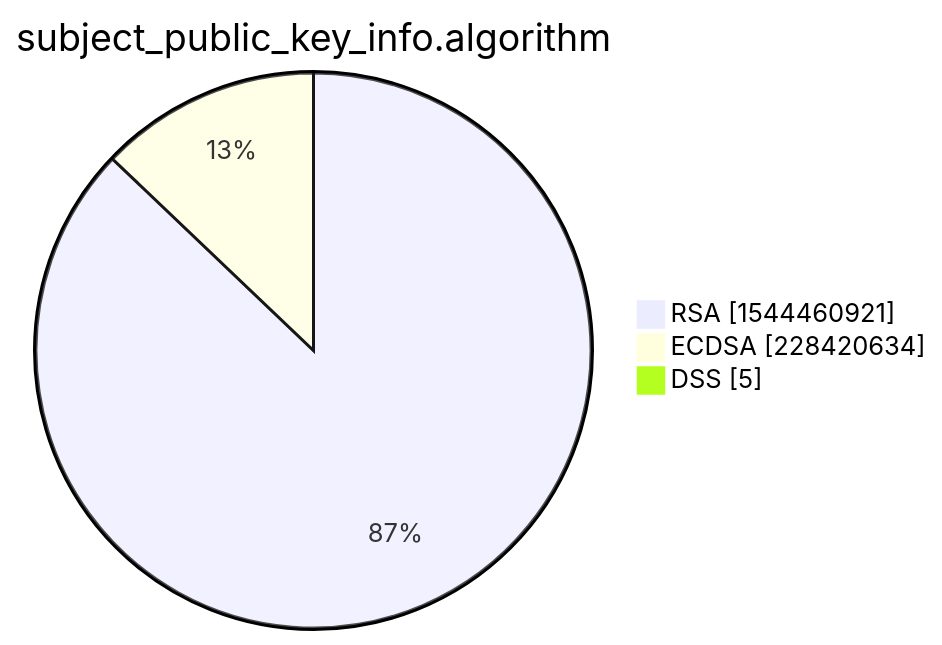
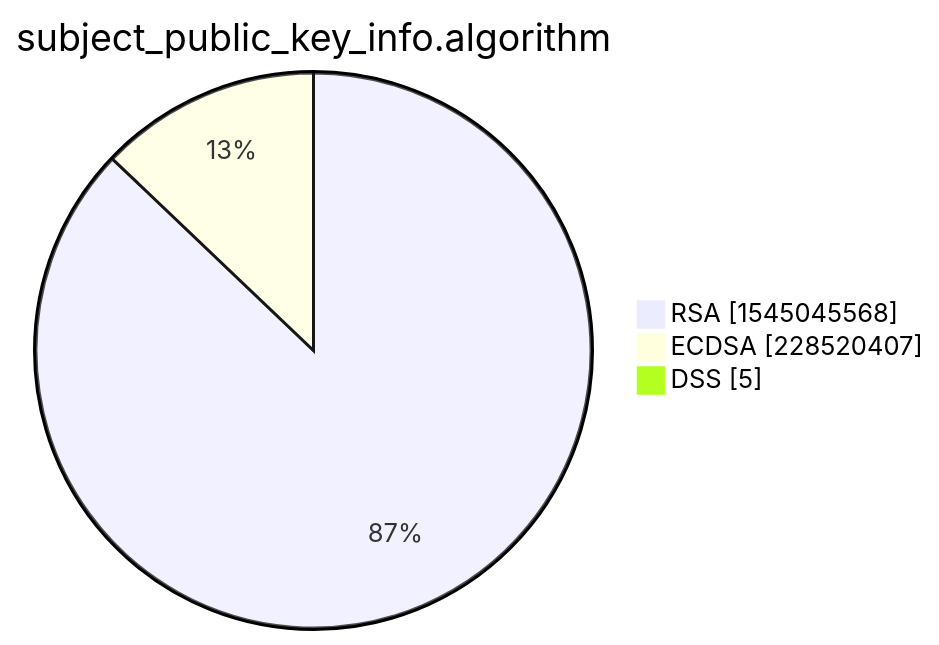
The third of 15 diagrams in xenon2022/README.md (christiankrug/ctmonitor_visualization), drawn with Mermaid before and after one commit. The commit also changed other lines of this file, not shown here.

````diff
--- a/xenon2022/README.md
+++ b/xenon2022/README.md
@@ -14,7 +14,7 @@
 ```mermaid
 pie showData
 title subject_public_key_info.algorithm
-"RSA" :1544460921
-"ECDSA" :228420634
+"RSA" :1545045568
+"ECDSA" :228520407
 "DSS" :5
 ```
````
